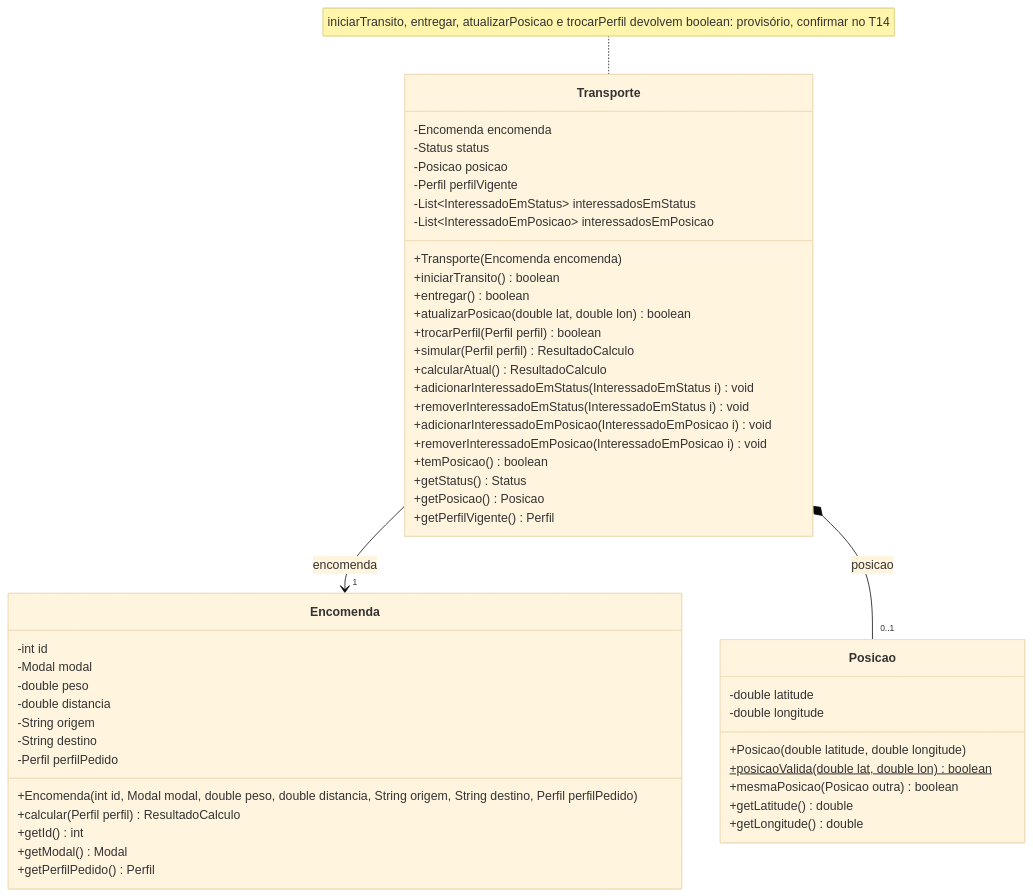
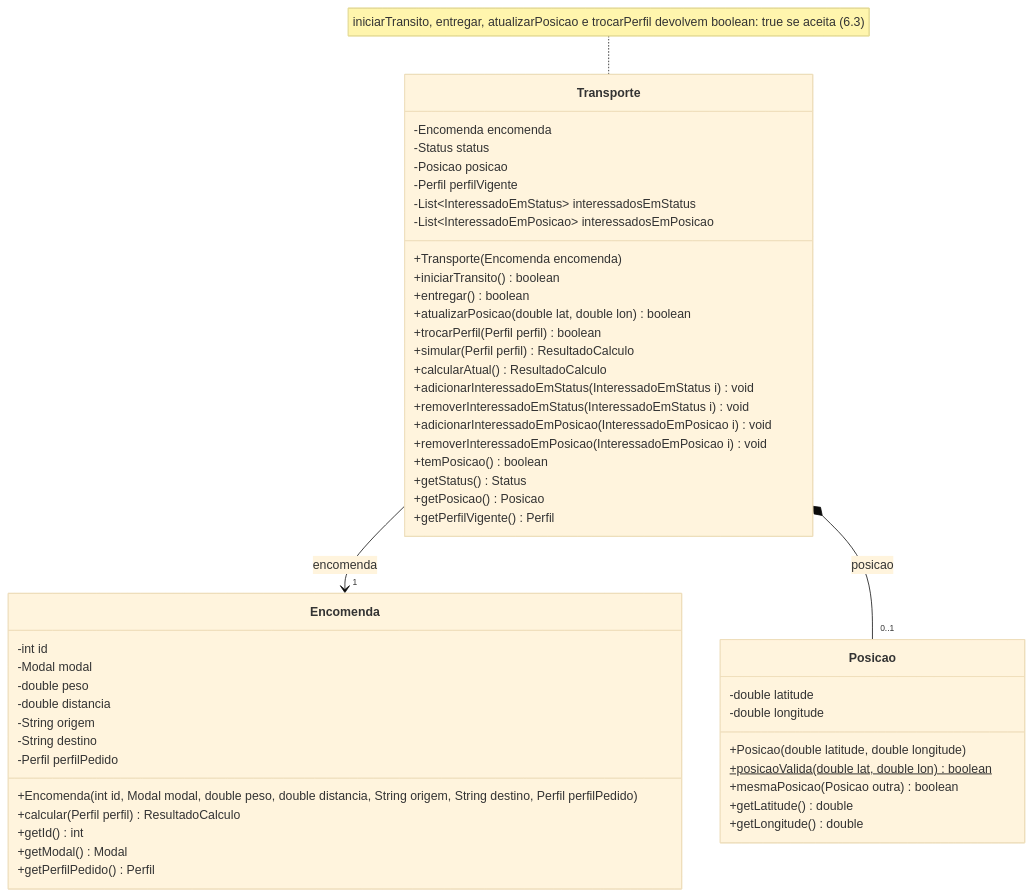
The third of 9 diagrams in docs/Documento_de_Projeto.md (lilianeperim-ifsp/Projeto_Final_INOO), drawn with Mermaid (base theme) before and after one commit. The commit also changed other lines of this file, not shown here.

````diff
--- a/docs/Documento_de_Projeto.md
+++ b/docs/Documento_de_Projeto.md
@@ -658,55 +660,55 @@
 ```mermaid
 classDiagram
     direction TB
     class Encomenda {
         -int id
         -Modal modal
         -double peso
         -double distancia
         -String origem
         -String destino
         -Perfil perfilPedido
         +Encomenda(int id, Modal modal, double peso, double distancia, String origem, String destino, Perfil perfilPedido)
         +calcular(Perfil perfil) ResultadoCalculo
         +getId() int
         +getModal() Modal
         +getPerfilPedido() Perfil
     }
     class Transporte {
         -Encomenda encomenda
         -Status status
         -Posicao posicao
         -Perfil perfilVigente
         -List~InteressadoEmStatus~ interessadosEmStatus
         -List~InteressadoEmPosicao~ interessadosEmPosicao
         +Transporte(Encomenda encomenda)
         +iniciarTransito() boolean
         +entregar() boolean
         +atualizarPosicao(double lat, double lon) boolean
         +trocarPerfil(Perfil perfil) boolean
         +simular(Perfil perfil) ResultadoCalculo
         +calcularAtual() ResultadoCalculo
         +adicionarInteressadoEmStatus(InteressadoEmStatus i) void
         +removerInteressadoEmStatus(InteressadoEmStatus i) void
         +adicionarInteressadoEmPosicao(InteressadoEmPosicao i) void
         +removerInteressadoEmPosicao(InteressadoEmPosicao i) void
         +temPosicao() boolean
         +getStatus() Status
         +getPosicao() Posicao
         +getPerfilVigente() Perfil
     }
     class Posicao {
         -double latitude
         -double longitude
         +Posicao(double latitude, double longitude)
         +posicaoValida(double lat, double lon) boolean$
         +mesmaPosicao(Posicao outra) boolean
         +getLatitude() double
         +getLongitude() double
     }
 
     Transporte --> "1" Encomenda : encomenda
     Transporte *-- "0..1" Posicao : posicao
 
-    note for Transporte "iniciarTransito, entregar, atualizarPosicao e trocarPerfil devolvem boolean: provisório, confirmar no T14"
+    note for Transporte "iniciarTransito, entregar, atualizarPosicao e trocarPerfil devolvem boolean: true se aceita (6.3)"
 ```
````
